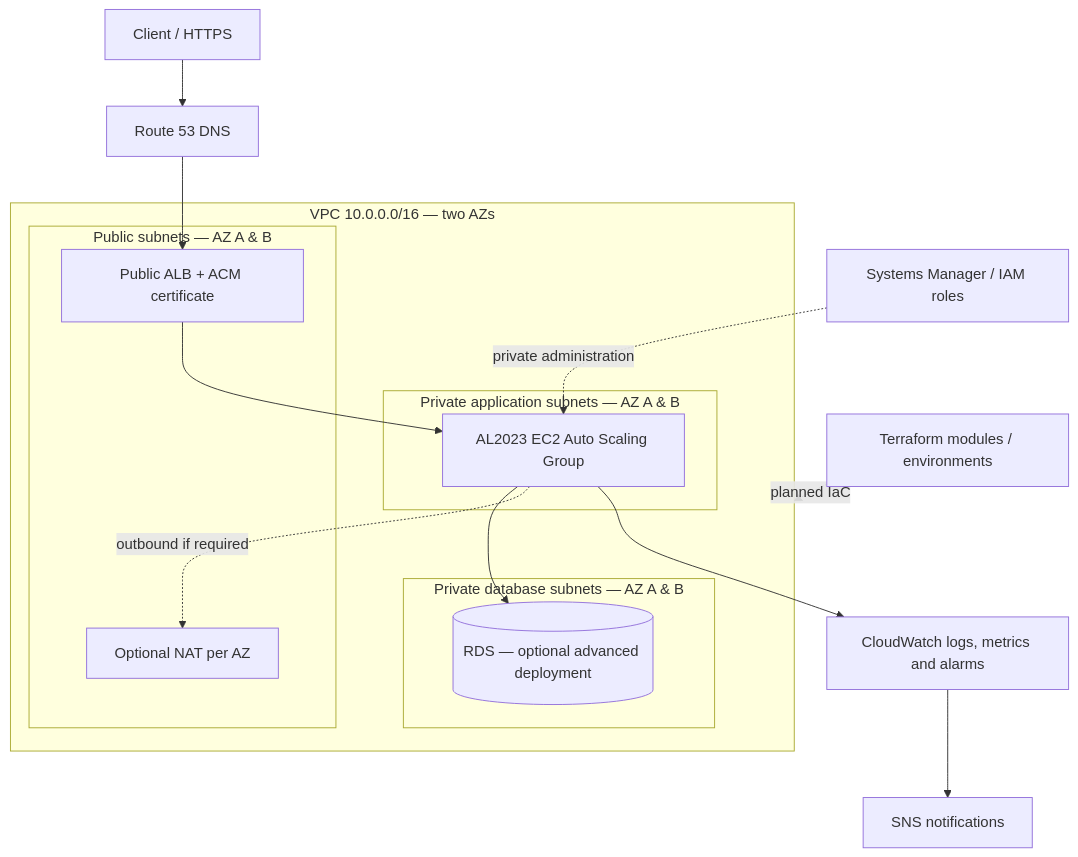
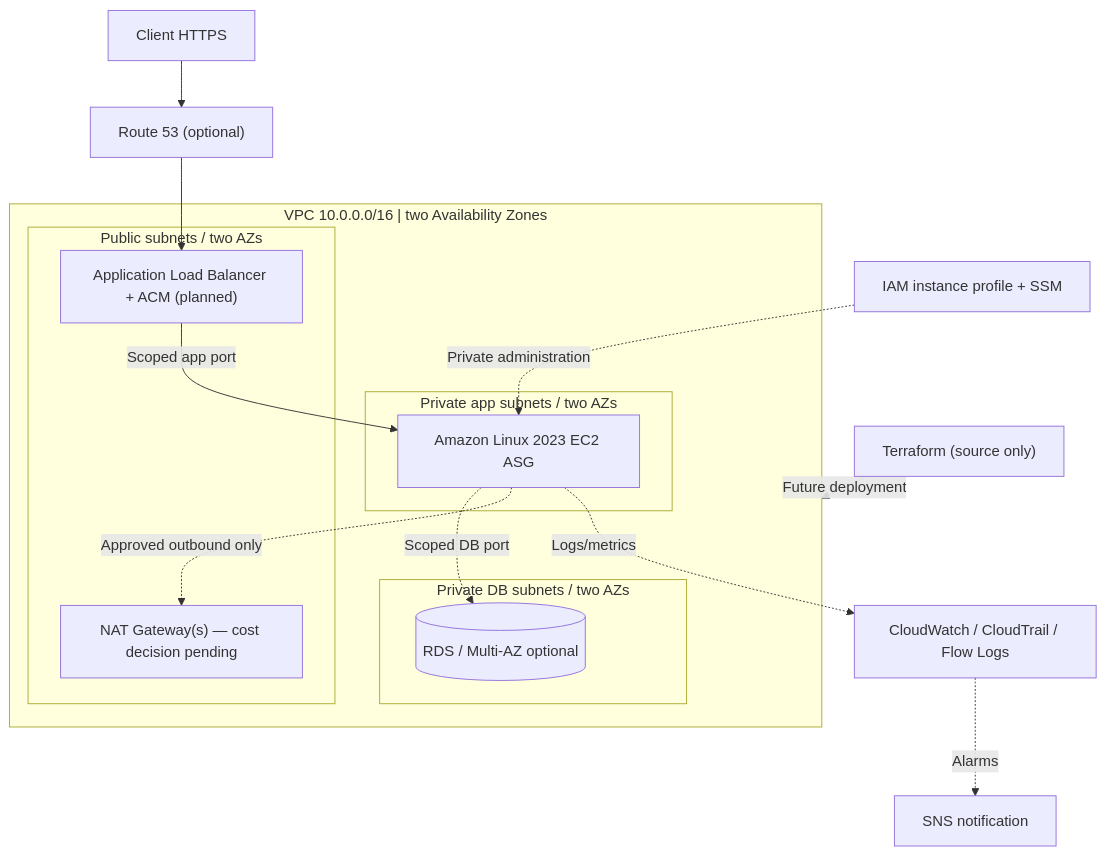
Before and after one commit to dbates91/apex-aws-infrastructure-modernization: the diagram in README.md, drawn with Mermaid. The commit also changed other lines of this file and 32 other files, not shown here.

Commit message:
feat: add Apex CI, local app/tests, draft Terraform networking and portfolio workflows

````diff
--- a/README.md
+++ b/README.md
@@ -23,24 +25,24 @@
 ```mermaid
-flowchart TD
-  Visitor[Client / HTTPS] --> DNS[Route 53 DNS]
-  DNS --> ALB[Public ALB + ACM certificate]
-  subgraph VPC["VPC 10.0.0.0/16 — two AZs"]
-    subgraph PUB["Public subnets — AZ A & B"]
+flowchart TB
+  Client["Client HTTPS"] --> DNS["Route 53 (optional)"]
+  DNS --> ALB["Application Load Balancer + ACM (planned)"]
+  subgraph VPC["VPC 10.0.0.0/16 | two Availability Zones"]
+    subgraph PUB["Public subnets / two AZs"]
       ALB
-      NAT[Optional NAT per AZ]
+      NAT["NAT Gateway(s) — cost decision pending"]
     end
-    subgraph APP["Private application subnets — AZ A & B"]
-      ASG[AL2023 EC2 Auto Scaling Group]
+    subgraph APP["Private app subnets / two AZs"]
+      ASG["Amazon Linux 2023 EC2 ASG"]
     end
-    subgraph DB["Private database subnets — AZ A & B"]
-      RDS[(RDS — optional advanced deployment)]
+    subgraph DATA["Private DB subnets / two AZs"]
+      RDS[("RDS / Multi-AZ optional")]
     end
-    ALB --> ASG
-    ASG --> RDS
-    ASG -. outbound if required .-> NAT
+    ALB -->|"Scoped app port"| ASG
+    ASG -. "Scoped DB port" .-> RDS
+    ASG -. "Approved outbound only" .-> NAT
   end
-  ASG --> LOGS[CloudWatch logs, metrics and alarms]
-  LOGS --> SNS[SNS notifications]
-  SSM[Systems Manager / IAM roles] -. private administration .-> ASG
-  TF[Terraform modules / environments] -. planned IaC .-> VPC
+  TF["Terraform (source only)"] -. "Future deployment" .-> VPC
+  SSM["IAM instance profile + SSM"] -. "Private administration" .-> ASG
+  ASG -. "Logs/metrics" .-> CW["CloudWatch / CloudTrail / Flow Logs"]
+  CW -. "Alarms" .-> SNS["SNS notification"]
 ```
````
